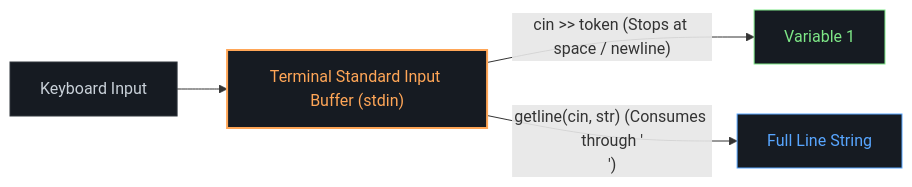
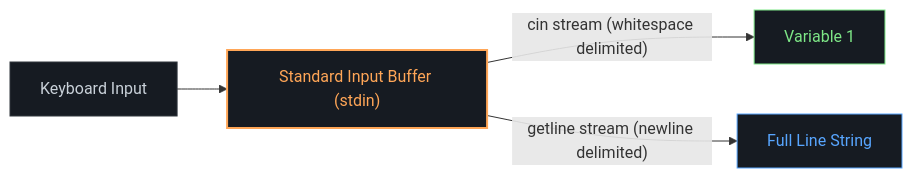
The third of 3 diagrams in README.md (Shomay12/Working-with-Cpp), drawn with Mermaid before and after one commit. The commit also changed other lines of this file and 3 other files, not shown here.

Commit message:
fix: resolve XML entity parsing errors in SVGs and sanitize Mermaid diagram syntax

````diff
--- a/README.md
+++ b/README.md
@@ -115,11 +115,11 @@
 ```mermaid
 flowchart LR
-    KBD["Keyboard Input"] --> BUF["Terminal Standard Input Buffer (stdin)"]
-    BUF -->|"cin >> token (Stops at space / newline)"| VAR1["Variable 1"]
-    BUF -->|"getline(cin, str) (Consumes through '\n')"| VAR2["Full Line String"]
+    KBD["Keyboard Input"] --> BUF["Standard Input Buffer (stdin)"]
+    BUF -->|"cin stream (whitespace delimited)"| VAR1["Variable 1"]
+    BUF -->|"getline stream (newline delimited)"| VAR2["Full Line String"]
 
     style KBD fill:#161b22,stroke:#30363d,color:#c9d1d9
     style BUF fill:#161b22,stroke:#ffa657,stroke-width:2px,color:#ffa657
     style VAR1 fill:#161b22,stroke:#7ee787,color:#7ee787
     style VAR2 fill:#161b22,stroke:#58a6ff,color:#58a6ff
 ```
````
